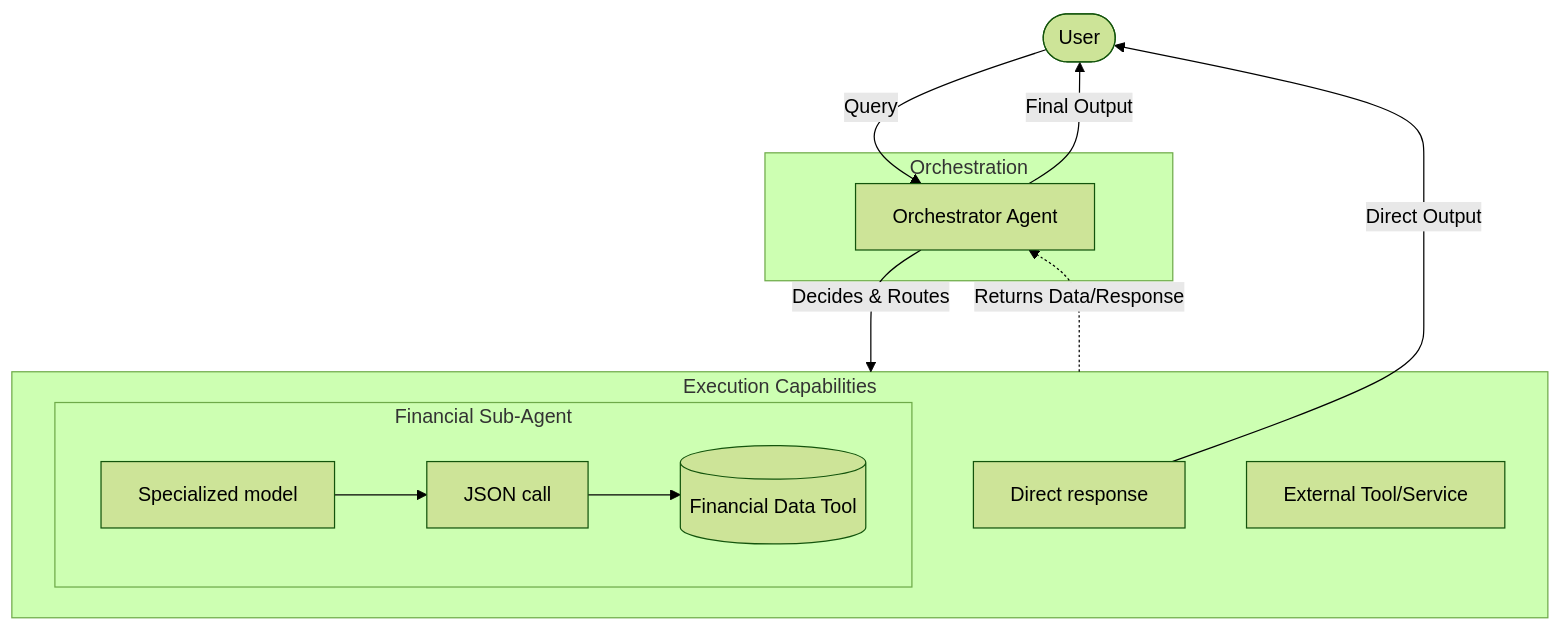
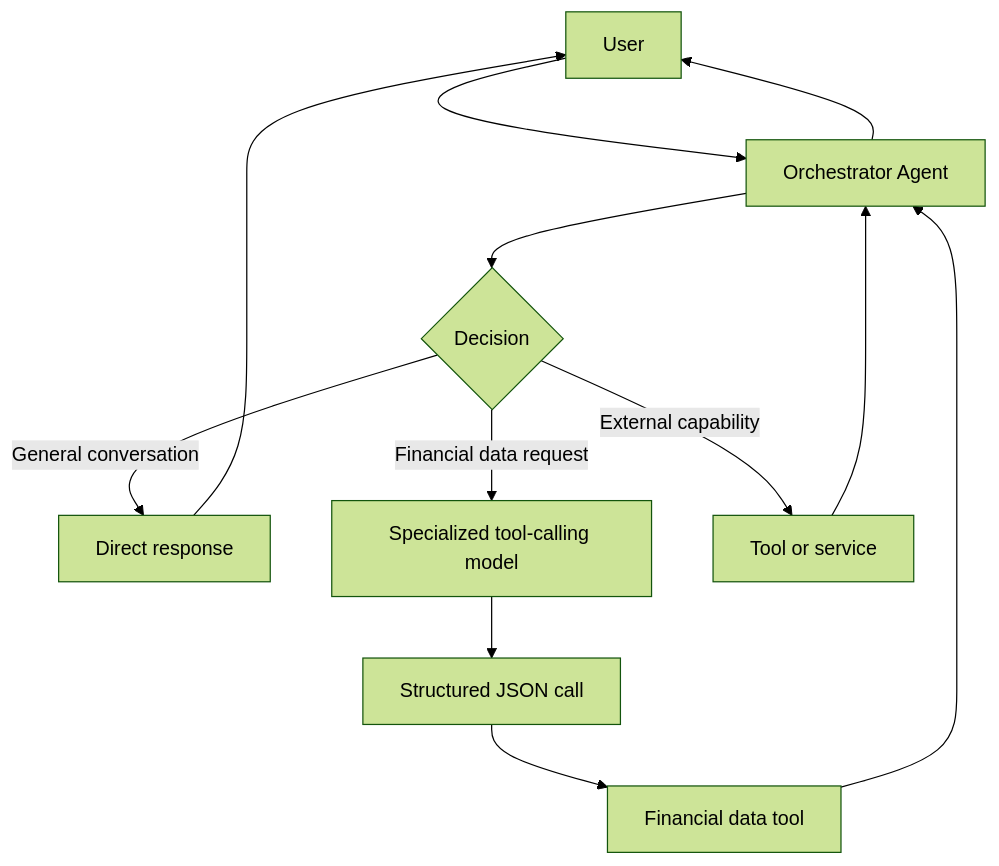
Before and after one commit to erfansoheil/erfansoheil.github.io: the diagram in projects/agentic_finance/README.md, drawn with Mermaid (forest theme).

Commit message:
Revise README.md to enhance the flowchart representation of the orchestrator agent's architecture. Simplify the diagram by consolidating components and clarifying decision pathways for user interactions, improving overall readability and understanding of the system's structure.

````diff
--- a/projects/agentic_finance/README.md
+++ b/projects/agentic_finance/README.md
@@ -11,25 +12,14 @@
 ```mermaid
 flowchart TD
-    U([User])
-    
-    subgraph Core [Orchestration]
-        O[Orchestrator Agent]
-    end
-
-    subgraph Tools [Execution Capabilities]
-        A[Direct response]
-        
-        subgraph Fin [Financial Sub-Agent]
-            F[Specialized model] --> J[JSON call] --> D[(Financial Data Tool)]
-        end
-        
-        T[External Tool/Service]
-    end
-
-    %% Flow
-    U -->|Query| O
-    O -->|Decides & Routes| Tools
-    Tools -.->|Returns Data/Response| O
-    O -->|Final Output| U
-    A -->|Direct Output| U
+    U[User] --> O[Orchestrator Agent]
+    O --> R{Decision}
+    R -->|General conversation| A[Direct response]
+    R -->|Financial data request| F[Specialized tool-calling model]
+    R -->|External capability| T[Tool or service]
+    F --> J[Structured JSON call]
+    J --> D[Financial data tool]
+    D --> O
+    T --> O
+    A --> U
+    O --> U
 ```
````
